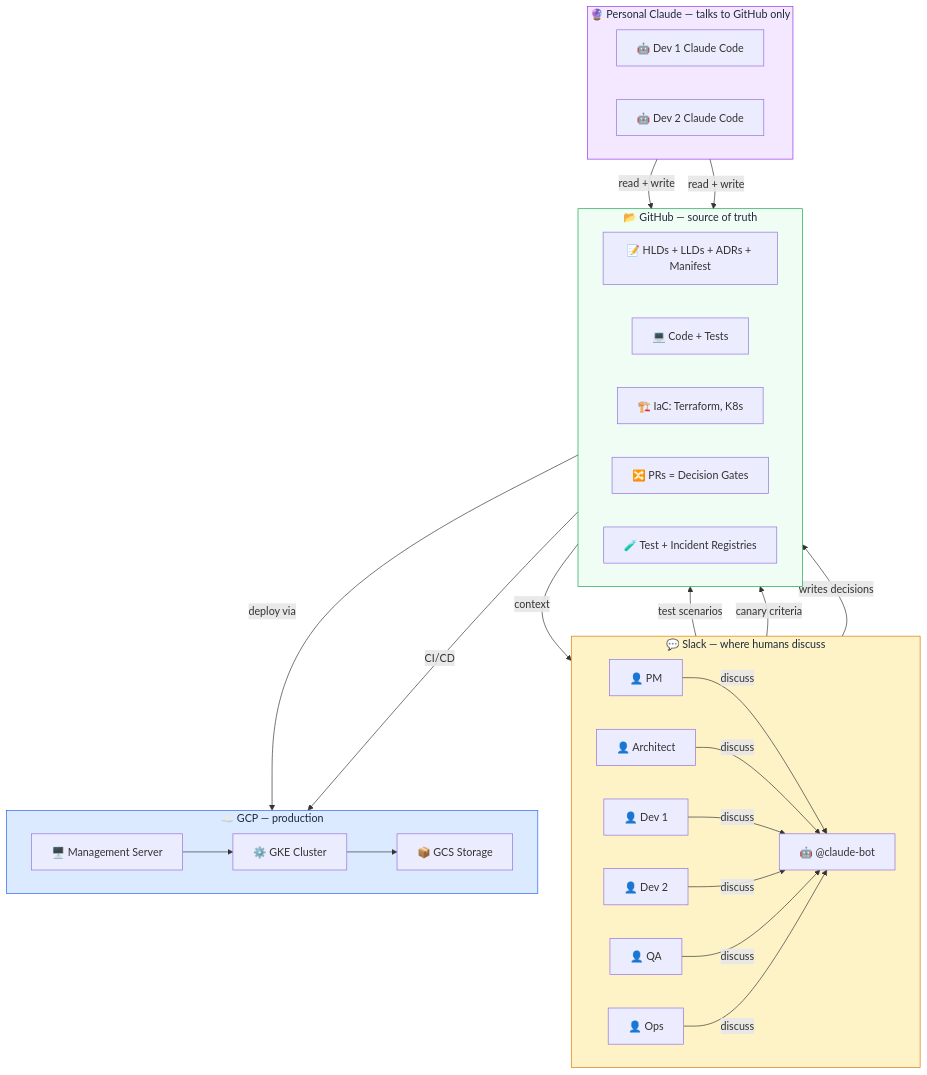
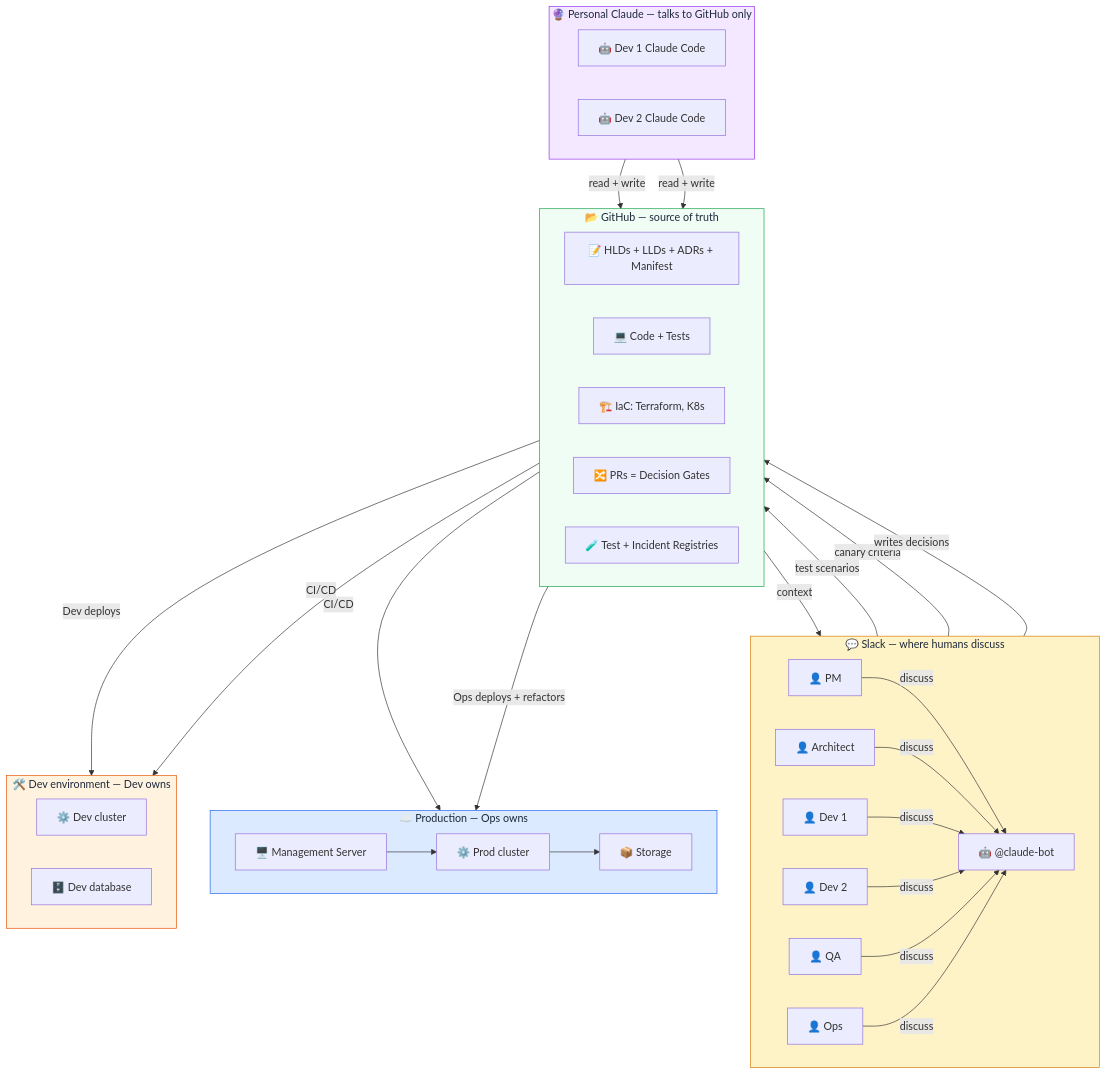
One commit to Prasad-Apparaju/hitl-dev-platform changed the first of 5 diagrams in README.md. Above: the diagram before and after it, drawn with Mermaid.

Commit message:
Add Dev environment to diagram — Dev deploys via IaC, Ops deploys + refactors to Prod

````diff
--- a/README.md
+++ b/README.md
@@ -40,51 +40,60 @@
 ```mermaid
 graph TD
     subgraph Slack["💬 Slack — where humans discuss"]
         direction LR
         PM["👤 PM"]
         Arch["👤 Architect"]
         D1["👤 Dev 1"]
         D2["👤 Dev 2"]
         QA["👤 QA"]
         Ops["👤 Ops"]
         Bot["🤖 @claude-bot"]
     end
 
     subgraph Private["🔮 Personal Claude — talks to GitHub only"]
         direction LR
         C1["🤖 Dev 1 Claude Code"]
         C2["🤖 Dev 2 Claude Code"]
     end
 
     subgraph GitHub["📂 GitHub — source of truth"]
         direction LR
         Docs["📝 HLDs + LLDs + ADRs + Manifest"]
         Code["💻 Code + Tests"]
         IaC["🏗️ IaC: Terraform, K8s"]
         PRs["🔀 PRs = Decision Gates"]
         Reg["🧪 Test + Incident Registries"]
     end
 
-    subgraph GCP["☁️ GCP — production"]
+    subgraph Dev["🛠️ Dev environment — Dev owns"]
+        direction LR
+        DevK8s["⚙️ Dev cluster"]
+        DevDB["🗄️ Dev database"]
+    end
+
+    subgraph Prod["☁️ Production — Ops owns"]
         direction LR
         Mgmt["🖥️ Management Server"]
-        GKE["⚙️ GKE Cluster"]
-        GCS["📦 GCS Storage"]
+        GKE["⚙️ Prod cluster"]
+        GCS["📦 Storage"]
     end
 
     PM & Arch & D1 & D2 & QA & Ops -->|"discuss"| Bot
     Bot -->|"writes decisions"| GitHub
     C1 & C2 -->|"read + write"| GitHub
     GitHub -->|"context"| Slack
     QA -->|"test scenarios"| Reg
     Ops -->|"canary criteria"| Reg
-    IaC -->|"deploy via"| Mgmt
+    IaC -->|"Dev deploys"| Dev
+    IaC -->|"Ops deploys + refactors"| Prod
+    Code -->|"CI/CD"| Dev
+    Code -->|"CI/CD"| GKE
     Mgmt --> GKE
-    Code -->|"CI/CD"| GKE
     GKE --> GCS
 
     style Slack fill:#fef3c7,stroke:#d97706,color:#1e293b
     style Private fill:#f3e8ff,stroke:#9333ea,color:#1e293b
     style GitHub fill:#f0fdf4,stroke:#16a34a,color:#1e293b
-    style GCP fill:#dbeafe,stroke:#2563eb,color:#1e293b
+    style Dev fill:#fff3e0,stroke:#e65100,color:#1e293b
+    style Prod fill:#dbeafe,stroke:#2563eb,color:#1e293b
 ```
````
